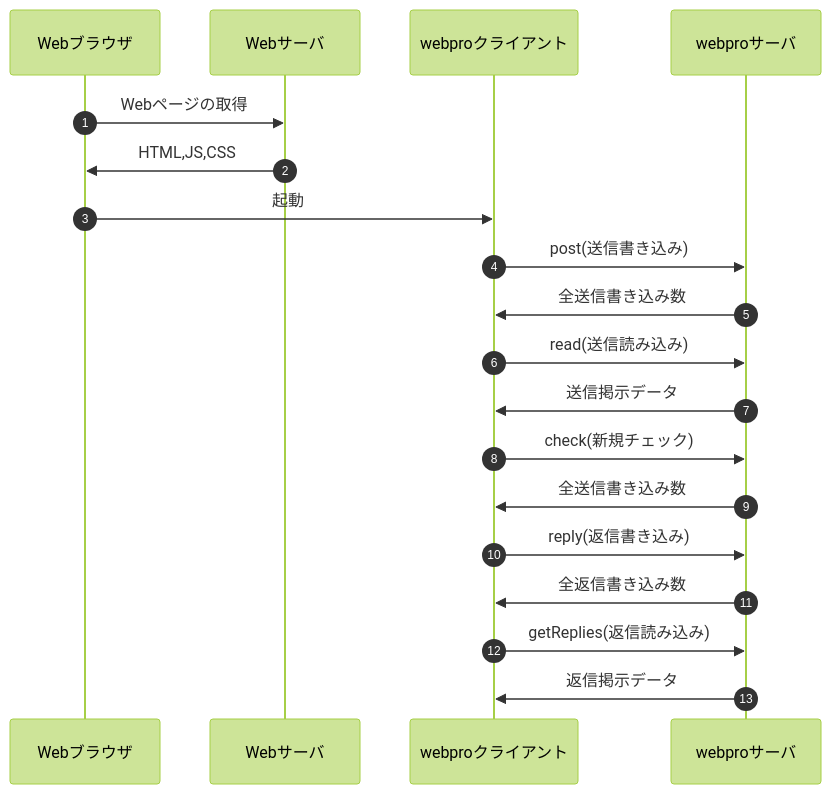
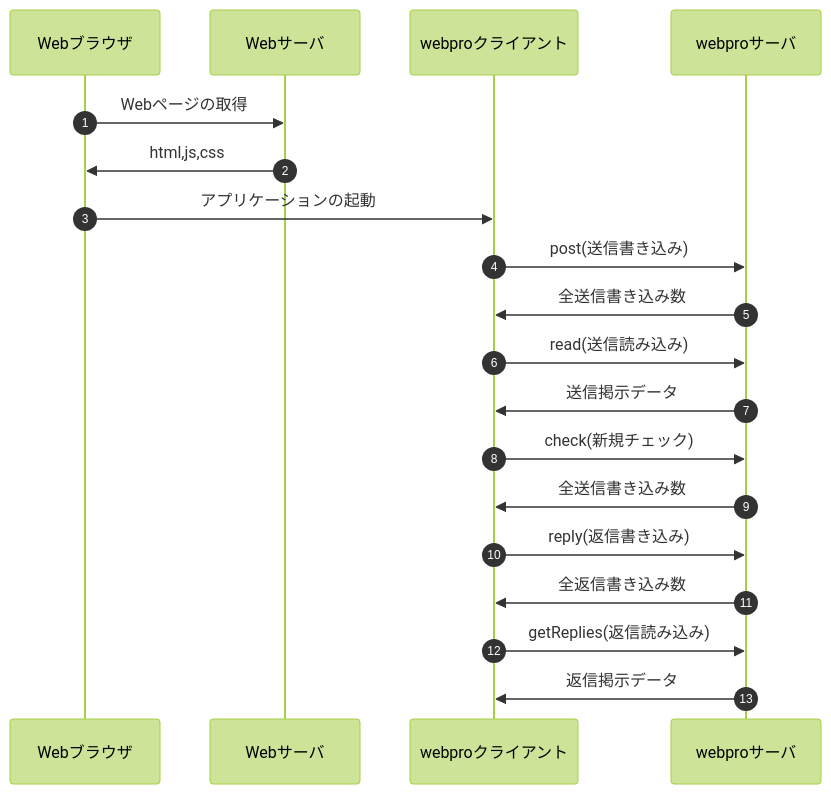
The diagram in sequence.md (ubukata0914/webpro_06), drawn with Mermaid (forest theme) before and after one commit.

Commit message:
sequence.mdを編集

````diff
--- a/sequence.md
+++ b/sequence.md
@@ -2,17 +2,17 @@
 ```mermaid
 sequenceDiagram
   autonumber
   Webブラウザ ->> Webサーバ: Webページの取得
-  Webサーバ ->> Webブラウザ:HTML,JS,CSS
-  Webブラウザ ->> webproクライアント:起動
+  Webサーバ ->> Webブラウザ:html,js,css
+  Webブラウザ ->> webproクライアント:アプリケーションの起動
   webproクライアント ->> webproサーバ:post(送信書き込み)
   webproサーバ ->> webproクライアント:全送信書き込み数
   webproクライアント ->> webproサーバ:read(送信読み込み)
   webproサーバ ->> webproクライアント:送信掲示データ
   webproクライアント ->> webproサーバ:check(新規チェック)
   webproサーバ ->> webproクライアント:全送信書き込み数
   webproクライアント ->> webproサーバ:reply(返信書き込み)
   webproサーバ ->> webproクライアント:全返信書き込み数
   webproクライアント ->> webproサーバ:getReplies(返信読み込み)
   webproサーバ ->> webproクライアント:返信掲示データ
 ```
````
